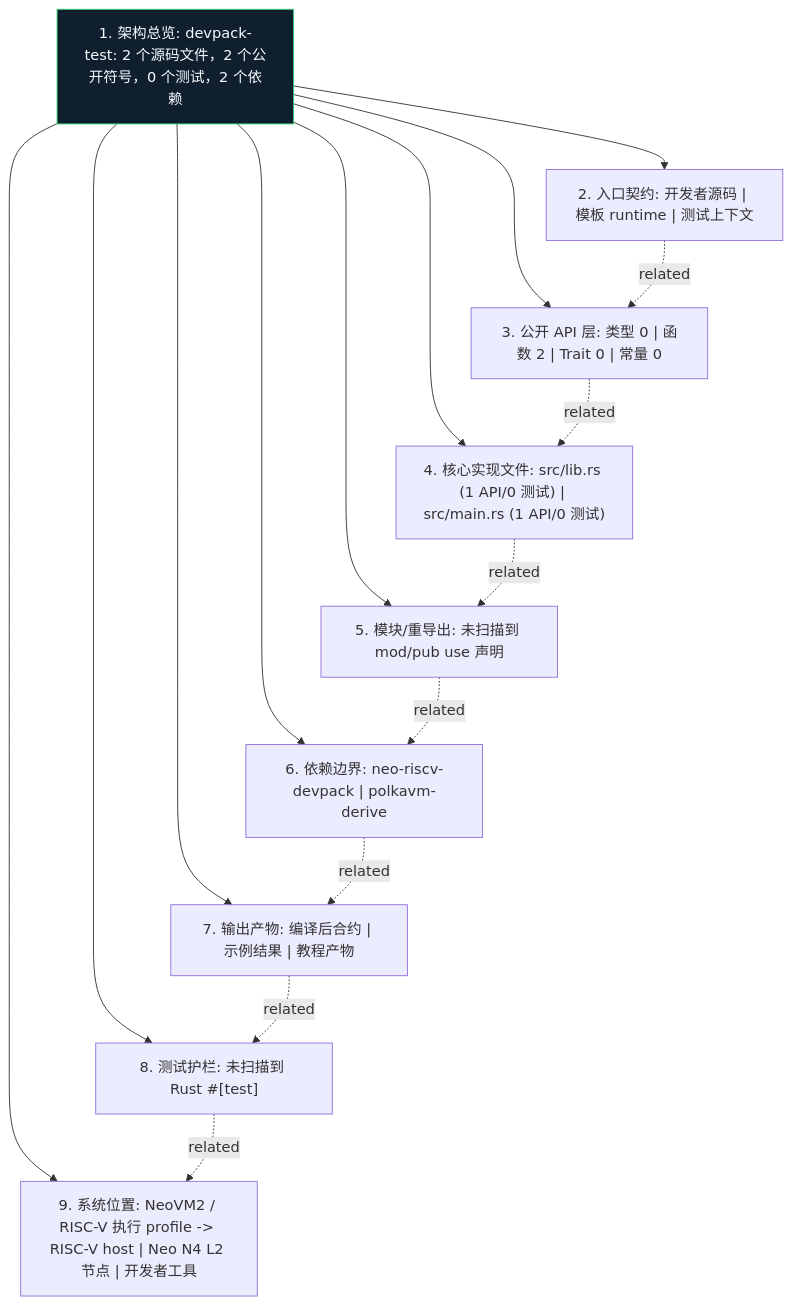
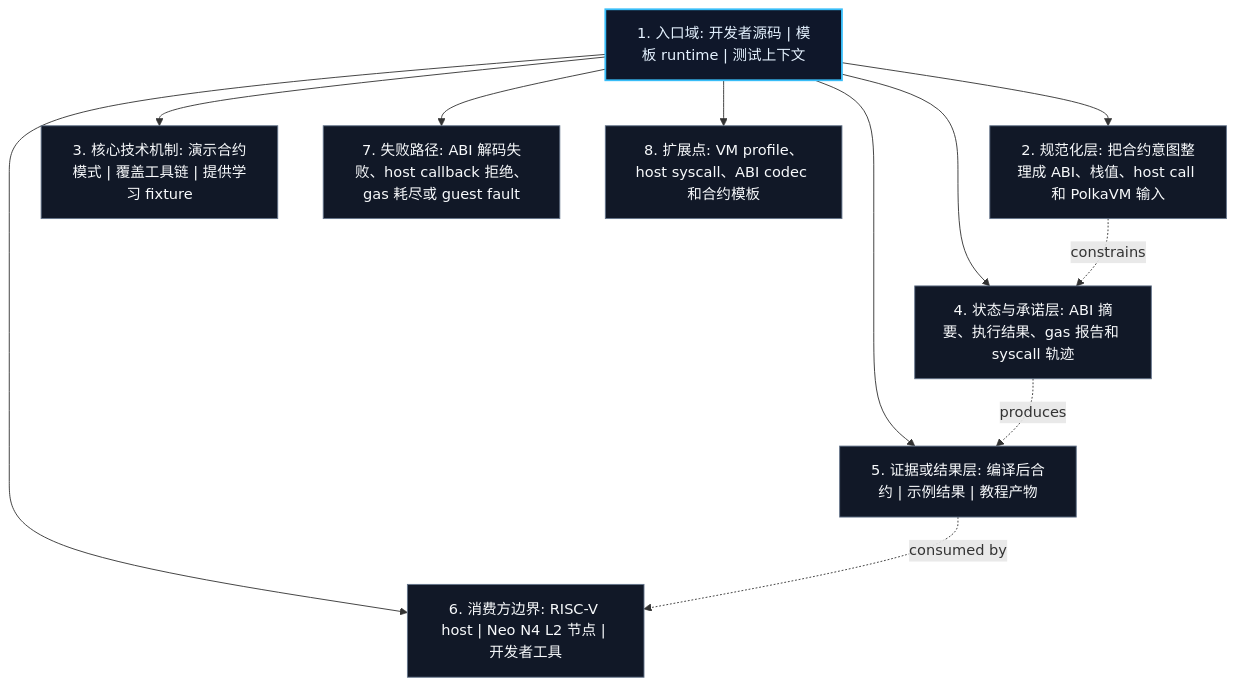
One commit to r3e-network/neo-riscv-vm changed the diagram in examples/devpack-test/docs/figures/architecture.zh.mmd. Above: the diagram before and after it, drawn with Mermaid. The commit also changed 831 other files, not shown here.

Commit message:
Replace crate diagrams with technical views

```diff
--- a/examples/devpack-test/docs/figures/architecture.zh.mmd
+++ b/examples/devpack-test/docs/figures/architecture.zh.mmd
@@ -1,27 +1,23 @@
 flowchart TB
-    N1["1. 架构总览: devpack-test: 2 个源码文件，2 个公开符号，0 个测试，2 个依赖"]
-    N2["2. 入口契约: 开发者源码 | 模板 runtime | 测试上下文"]
-    N3["3. 公开 API 层: 类型 0 | 函数 2 | Trait 0 | 常量 0"]
-    N4["4. 核心实现文件: src/lib.rs (1 API/0 测试) | src/main.rs (1 API/0 测试)"]
-    N5["5. 模块/重导出: 未扫描到 mod/pub use 声明"]
-    N6["6. 依赖边界: neo-riscv-devpack | polkavm-derive"]
-    N7["7. 输出产物: 编译后合约 | 示例结果 | 教程产物"]
-    N8["8. 测试护栏: 未扫描到 Rust #[test]"]
-    N9["9. 系统位置: NeoVM2 / RISC-V 执行 profile -> RISC-V host | Neo N4 L2 节点 | 开发者工具"]
+    N1["1. 入口域: 开发者源码 | 模板 runtime | 测试上下文"]
+    N2["2. 规范化层: 把合约意图整理成 ABI、栈值、host call 和 PolkaVM 输入"]
+    N3["3. 核心技术机制: 演示合约模式 | 覆盖工具链 | 提供学习 fixture"]
+    N4["4. 状态与承诺层: ABI 摘要、执行结果、gas 报告和 syscall 轨迹"]
+    N5["5. 证据或结果层: 编译后合约 | 示例结果 | 教程产物"]
+    N6["6. 消费方边界: RISC-V host | Neo N4 L2 节点 | 开发者工具"]
+    N7["7. 失败路径: ABI 解码失败、host callback 拒绝、gas 耗尽或 guest fault"]
+    N8["8. 扩展点: VM profile、host syscall、ABI codec 和合约模板"]
     N1 --> N2
     N1 --> N3
     N1 --> N4
     N1 --> N5
     N1 --> N6
     N1 --> N7
     N1 --> N8
-    N1 --> N9
-    N2 -. related .-> N3
-    N3 -. related .-> N4
-    N4 -. related .-> N5
-    N5 -. related .-> N6
-    N6 -. related .-> N7
-    N7 -. related .-> N8
-    N8 -. related .-> N9
-    classDef crate fill:#101f2d,stroke:#38d978,color:#f6fbff
-    class N1 crate
+    N2 -. constrains .-> N4
+    N4 -. produces .-> N5
+    N5 -. consumed by .-> N6
+    classDef core fill:#0f172a,stroke:#38bdf8,color:#e5f2ff,stroke-width:2px;
+    classDef support fill:#111827,stroke:#64748b,color:#f8fafc;
+    class N1 core;
+    class N2,N3,N4,N5,N6,N7,N8 support;
```
